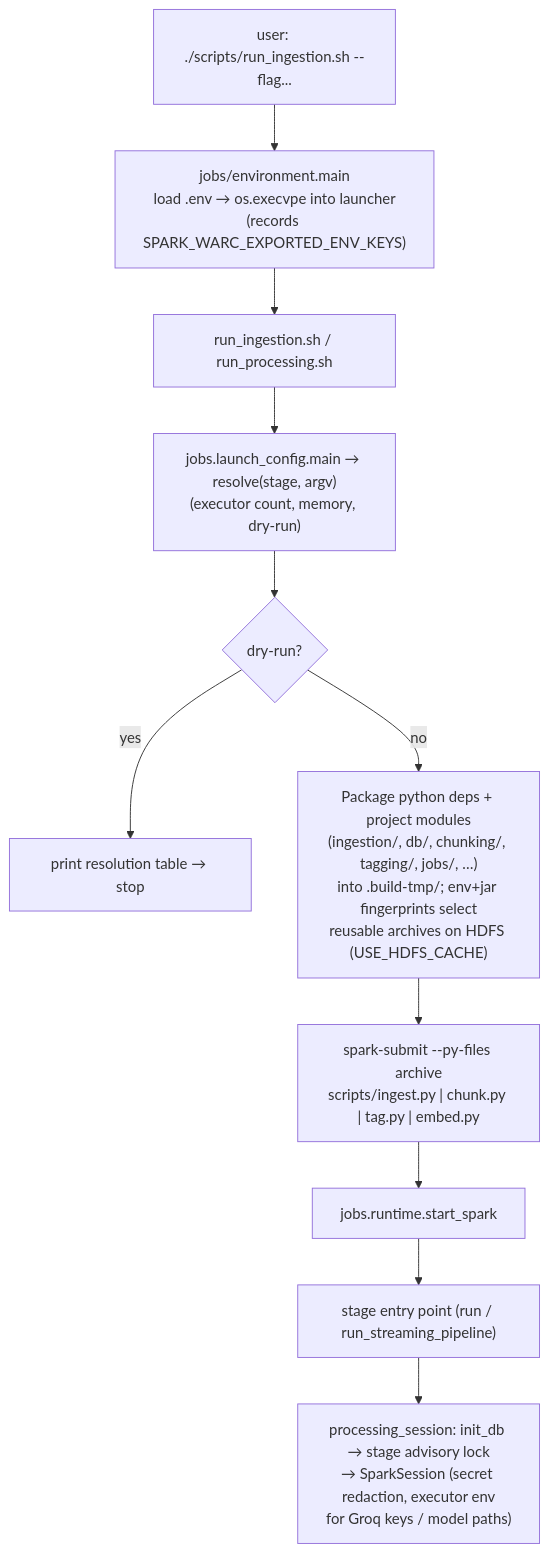
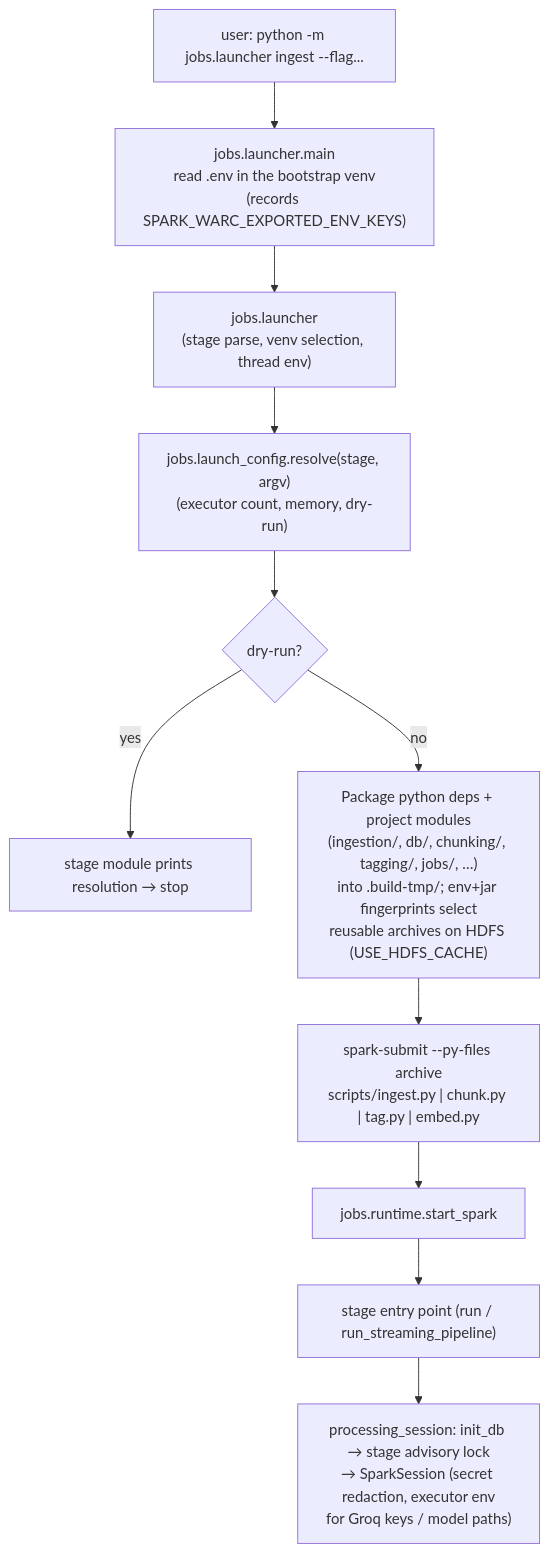
One commit to Marwan051/sparc_warc changed the tenth of 15 diagrams in docs/workflows.md. Above: the diagram before and after it, drawn with Mermaid. The commit also changed other lines of this file and 32 other files, not shown here.

````diff
--- a/docs/workflows.md
+++ b/docs/workflows.md
@@ -278,13 +278,13 @@
 ```mermaid
 flowchart TD
-    U["user: ./scripts/run_ingestion.sh --flag..."] --> E["jobs/environment.main\nload .env → os.execvpe into launcher\n(records SPARK_WARC_EXPORTED_ENV_KEYS)"]
-    E --> L["run_ingestion.sh / run_processing.sh"]
-    L --> LC["jobs.launch_config.main → resolve(stage, argv)\n(executor count, memory, dry-run)"]
+    U["user: python -m jobs.launcher ingest --flag..."] --> E["jobs.launcher.main\nread .env in the bootstrap venv\n(records SPARK_WARC_EXPORTED_ENV_KEYS)"]
+    E --> L["jobs.launcher\n(stage parse, venv selection, thread env)"]
+    L --> LC["jobs.launch_config.resolve(stage, argv)\n(executor count, memory, dry-run)"]
     LC --> LC2{"dry-run?"}
-    LC2 -- yes --> OUT["print resolution table → stop"]
+    LC2 -- yes --> OUT["stage module prints resolution → stop"]
     LC2 -- no --> PK["Package python deps + project modules\n(ingestion/, db/, chunking/, tagging/, jobs/, …)\ninto .build-tmp/; env+jar fingerprints select\nreusable archives on HDFS (USE_HDFS_CACHE)"]
     PK --> SUB["spark-submit --py-files archive\nscripts/ingest.py | chunk.py | tag.py | embed.py"]
     SUB --> RT["jobs.runtime.start_spark"]
     RT --> APP["stage entry point (run / run_streaming_pipeline)"]
     APP --> SES["processing_session: init_db → stage advisory lock\n→ SparkSession (secret redaction, executor env\nfor Groq keys / model paths)"]
 ```
````
